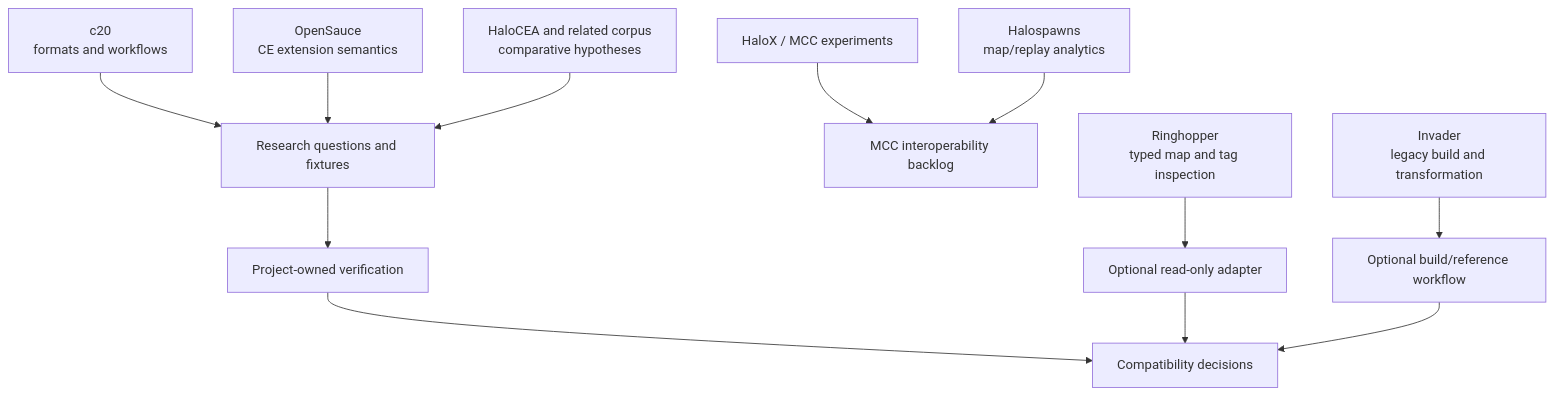
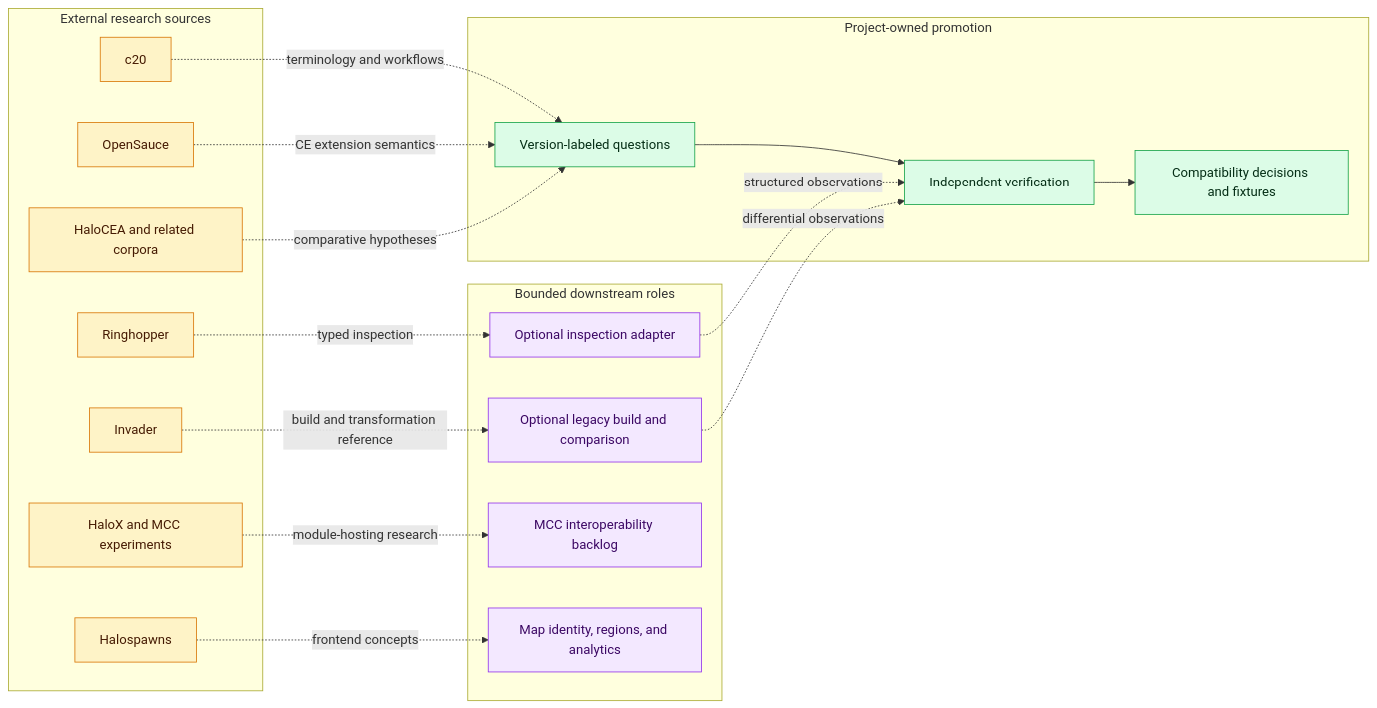
Before and after one commit to cwilson613/halo: the eighth of 8 diagrams in docs/ecosystem.md, drawn with Mermaid. The commit also changed other lines of this file, not shown here.

Commit message:
docs: refine ecosystem architecture diagrams

````diff
--- a/docs/ecosystem.md
+++ b/docs/ecosystem.md
@@ -134,15 +348,45 @@
 ```mermaid
-flowchart TB
-    c20[c20<br/>formats and workflows] --> Questions[Research questions and fixtures]
-    Sauce[OpenSauce<br/>CE extension semantics] --> Questions
-    HCEA[HaloCEA and related corpus<br/>comparative hypotheses] --> Questions
-    HaloX[HaloX / MCC experiments] --> Future[MCC interoperability backlog]
-    Spawns[Halospawns<br/>map/replay analytics] --> Future
-    Ring[Ringhopper<br/>typed map and tag inspection] --> Adapter[Optional read-only adapter]
-    Invader[Invader<br/>legacy build and transformation] --> Legacy[Optional build/reference workflow]
+flowchart LR
+    subgraph Sources[External research sources]
+        C20[c20]
+        Sauce[OpenSauce]
+        Corpora[HaloCEA and related corpora]
+        Ring[Ringhopper]
+        Invader[Invader]
+        HaloX[HaloX and MCC experiments]
+        Spawns[Halospawns]
+    end
 
-    Questions --> Verify[Project-owned verification]
-    Verify --> Decisions[Compatibility decisions]
-    Adapter --> Decisions
-    Legacy --> Decisions
+    subgraph Promotion[Project-owned promotion]
+        Questions[Version-labeled questions]
+        Verify[Independent verification]
+        Decisions[Compatibility decisions and fixtures]
+    end
+
+    subgraph Deferred[Bounded downstream roles]
+        Adapter[Optional inspection adapter]
+        Legacy[Optional legacy build and comparison]
+        MCC[MCC interoperability backlog]
+        Analytics[Map identity, regions, and analytics]
+    end
+
+    C20 -. terminology and workflows .-> Questions
+    Sauce -. CE extension semantics .-> Questions
+    Corpora -. comparative hypotheses .-> Questions
+    Questions --> Verify
+    Verify --> Decisions
+    Ring -. typed inspection .-> Adapter
+    Adapter -. structured observations .-> Verify
+    Invader -. build and transformation reference .-> Legacy
+    Legacy -. differential observations .-> Verify
+    HaloX -. module-hosting research .-> MCC
+    Spawns -. frontend concepts .-> Analytics
+
+    classDef planned fill:#dcfce7,stroke:#16a34a,color:#052e16
+    classDef external fill:#fef3c7,stroke:#d97706,color:#451a03
+    classDef derived fill:#f3e8ff,stroke:#9333ea,color:#3b0764
+
+    class Questions,Verify,Decisions planned
+    class C20,Sauce,Corpora,Ring,Invader,HaloX,Spawns external
+    class Adapter,Legacy,MCC,Analytics derived
 ```
````
